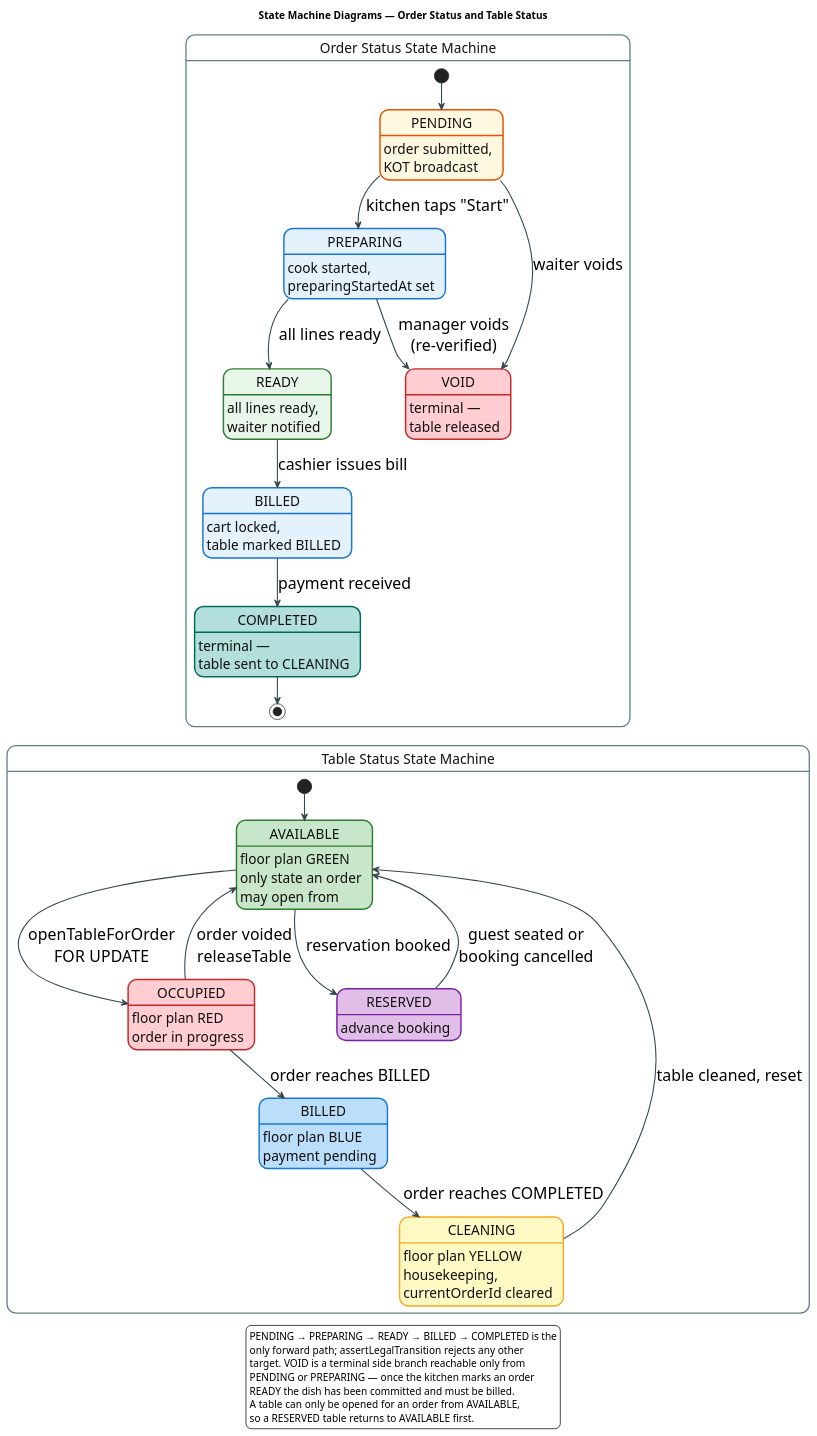
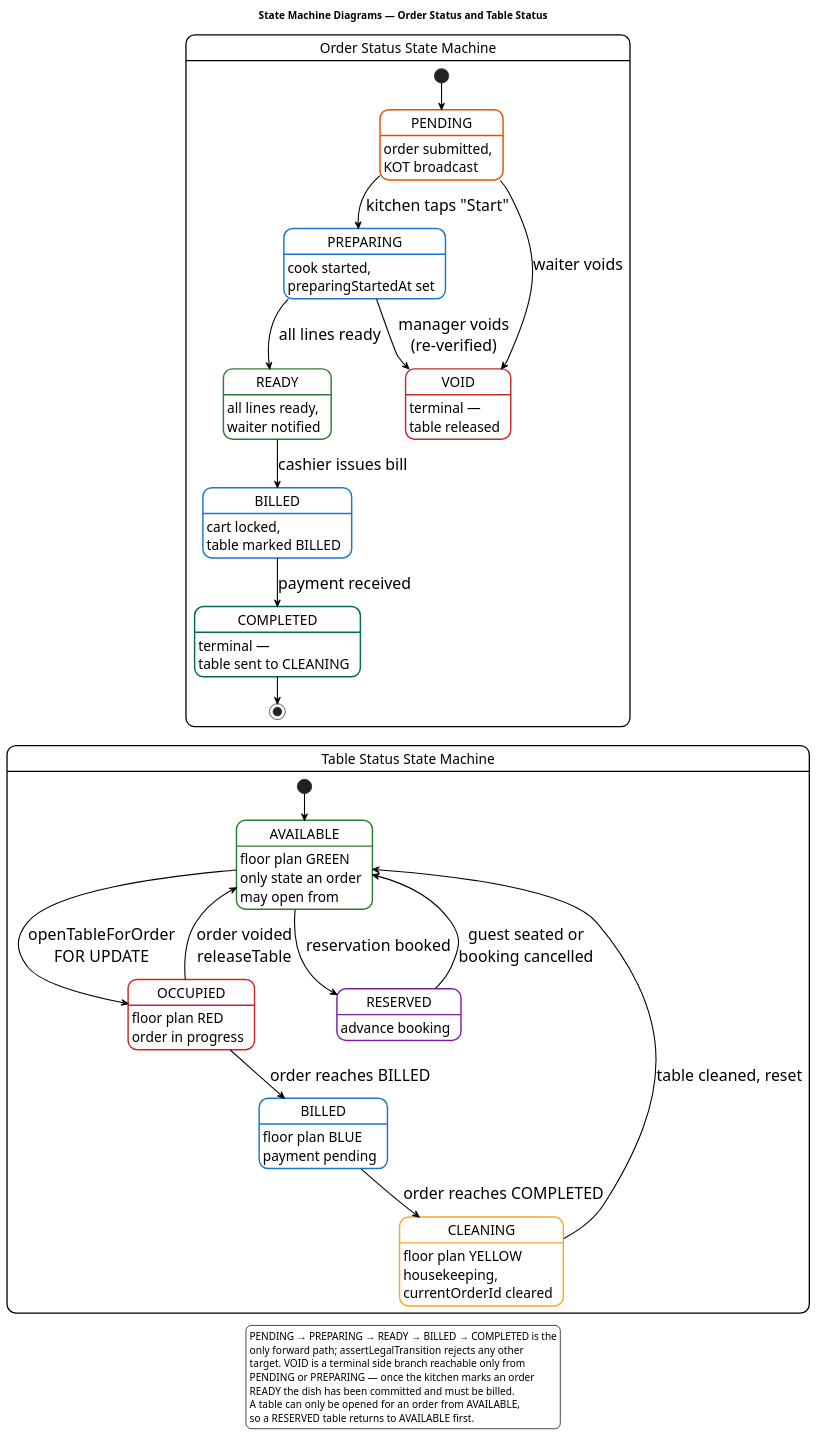
One commit to Buddhimal-Ramanayaka/restaurant-management-system changed the diagram in diagrams-source/fig3_5_state.puml. Above: the diagram before and after it, drawn with PlantUML. The commit also changed 7 other files, not shown here.

First line of the commit message:
Restyle all eight Chapter 2-3 diagrams to plain UML notation

```diff
--- a/diagrams-source/fig3_5_state.puml
+++ b/diagrams-source/fig3_5_state.puml
@@ -1,102 +1,102 @@
 @startuml
 ' Figure 3.5 - State Machine Diagrams, Order Status and Table Status
 '
 ' Theme follows the original figure: rounded coloured states with a bold coloured name
 ' over a plain description line, filled start node, bullseye terminal node, and labelled
 ' transitions. Arranged one machine after the other down the page rather than side by
 ' side, so the figure sits portrait.
 '
 ' Sizing: once width is the binding constraint the printed point size is set by canvas
 ' WIDTH alone, so every state description and transition label is wrapped narrow and the
 ' figure is allowed to grow tall in exchange - height is free up to the 9.28in budget.
 '
 ' Order transitions verified against OrderService.NEXT / assertLegalTransition / voidOrder;
 ' table transitions against TableService.openTableForOrder / markBilled / markCleaning /
 ' markAvailable / releaseTable / setReserved.
 
 skinparam backgroundColor #FFFFFF
 skinparam shadowing false
 skinparam defaultFontName "Arial"
 skinparam defaultFontSize 22
 skinparam ArrowThickness 1.5
-skinparam ArrowColor #37474F
+skinparam ArrowColor #000000
 skinparam nodesep 18
 skinparam ranksep 26
 
 skinparam state {
   FontSize 23
   FontStyle bold
   AttributeFontSize 19
   AttributeFontStyle plain
   BorderThickness 1.8
   BackgroundColor #FFFFFF
-  BorderColor #607D8B
-  StartColor #212121
-  EndColor #212121
+  BorderColor #000000
+  StartColor #000000
+  EndColor #000000
 }
-skinparam StateFontColor #111111
+skinparam StateFontColor #000000
 
 title State Machine Diagrams — Order Status and Table Status
 
 state "Order Status State Machine" as OSM {
-  state "PENDING"   as OP #FFF8E1 ##[bold]E65100
-  state "PREPARING" as OR #E3F2FD ##[bold]1976D2
-  state "READY"     as OY #E8F5E9 ##[bold]2E7D32
-  state "BILLED"    as OB #E3F2FD ##[bold]1976D2
-  state "COMPLETED" as OC #B2DFDB ##[bold]00695C
-  state "VOID"      as OV #FFCDD2 ##[bold]C62828
+  state "PENDING"   as OP #FFFFFF ##[bold]E65100
+  state "PREPARING" as OR #FFFFFF ##[bold]1976D2
+  state "READY"     as OY #FFFFFF ##[bold]2E7D32
+  state "BILLED"    as OB #FFFFFF ##[bold]1976D2
+  state "COMPLETED" as OC #FFFFFF ##[bold]00695C
+  state "VOID"      as OV #FFFFFF ##[bold]C62828
 
   OP : order submitted,\nKOT broadcast
   OR : cook started,\npreparingStartedAt set
   OY : all lines ready,\nwaiter notified
   OB : cart locked,\ntable marked BILLED
   OC : terminal —\ntable sent to CLEANING
   OV : terminal —\ntable released
 
   [*] --> OP
   OP --> OR : kitchen taps "Start"
   OR --> OY : all lines ready
   OY --> OB : cashier issues bill
   OB --> OC : payment received
   OC --> [*]
 
   OP --> OV : waiter voids
   OR --> OV : manager voids\n(re-verified)
 }
 
 state "Table Status State Machine" as TSM {
-  state "AVAILABLE" as TA #C8E6C9 ##[bold]2E7D32
-  state "OCCUPIED"  as TO #FFCDD2 ##[bold]C62828
-  state "BILLED"    as TB #BBDEFB ##[bold]1976D2
-  state "CLEANING"  as TC #FFF9C4 ##[bold]F9A825
-  state "RESERVED"  as TR #E1BEE7 ##[bold]7B1FA2
+  state "AVAILABLE" as TA #FFFFFF ##[bold]2E7D32
+  state "OCCUPIED"  as TO #FFFFFF ##[bold]C62828
+  state "BILLED"    as TB #FFFFFF ##[bold]1976D2
+  state "CLEANING"  as TC #FFFFFF ##[bold]F9A825
+  state "RESERVED"  as TR #FFFFFF ##[bold]7B1FA2
 
   TA : floor plan GREEN\nonly state an order\nmay open from
   TO : floor plan RED\norder in progress
   TB : floor plan BLUE\npayment pending
   TC : floor plan YELLOW\nhousekeeping,\ncurrentOrderId cleared
   TR : advance booking
 
   [*] --> TA
   TA --> TO : openTableForOrder\nFOR UPDATE
   TO --> TB : order reaches BILLED
   TB --> TC : order reaches COMPLETED
   TC --> TA : table cleaned, reset
   TA --> TR : reservation booked
   TR --> TA : guest seated or\nbooking cancelled
   TO --> TA : order voided\nreleaseTable
 }
 
 OSM -[hidden]-> TSM
 
 legend bottom
   PENDING → PREPARING → READY → BILLED → COMPLETED is the
   only forward path; assertLegalTransition rejects any other
   target. VOID is a terminal side branch reachable only from
   PENDING or PREPARING — once the kitchen marks an order
   READY the dish has been committed and must be billed.
   A table can only be opened for an order from AVAILABLE,
   so a RESERVED table returns to AVAILABLE first.
 endlegend
 
 @enduml
```
